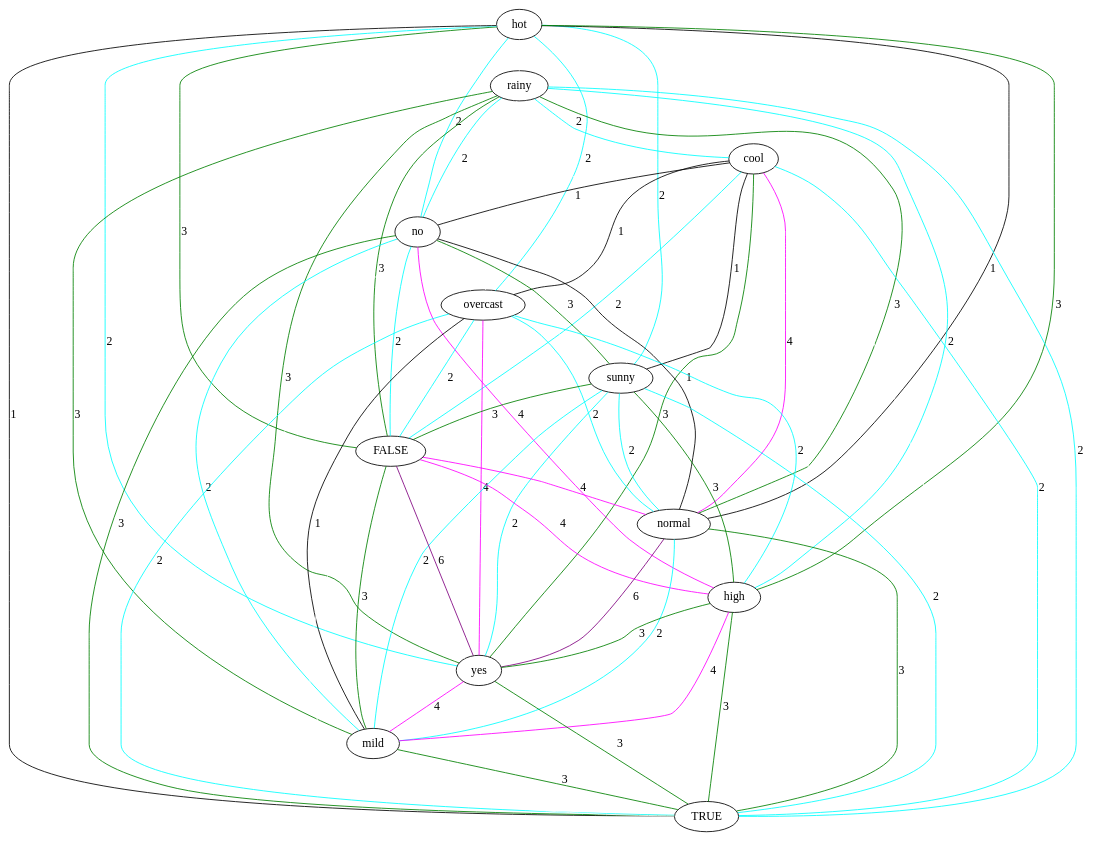
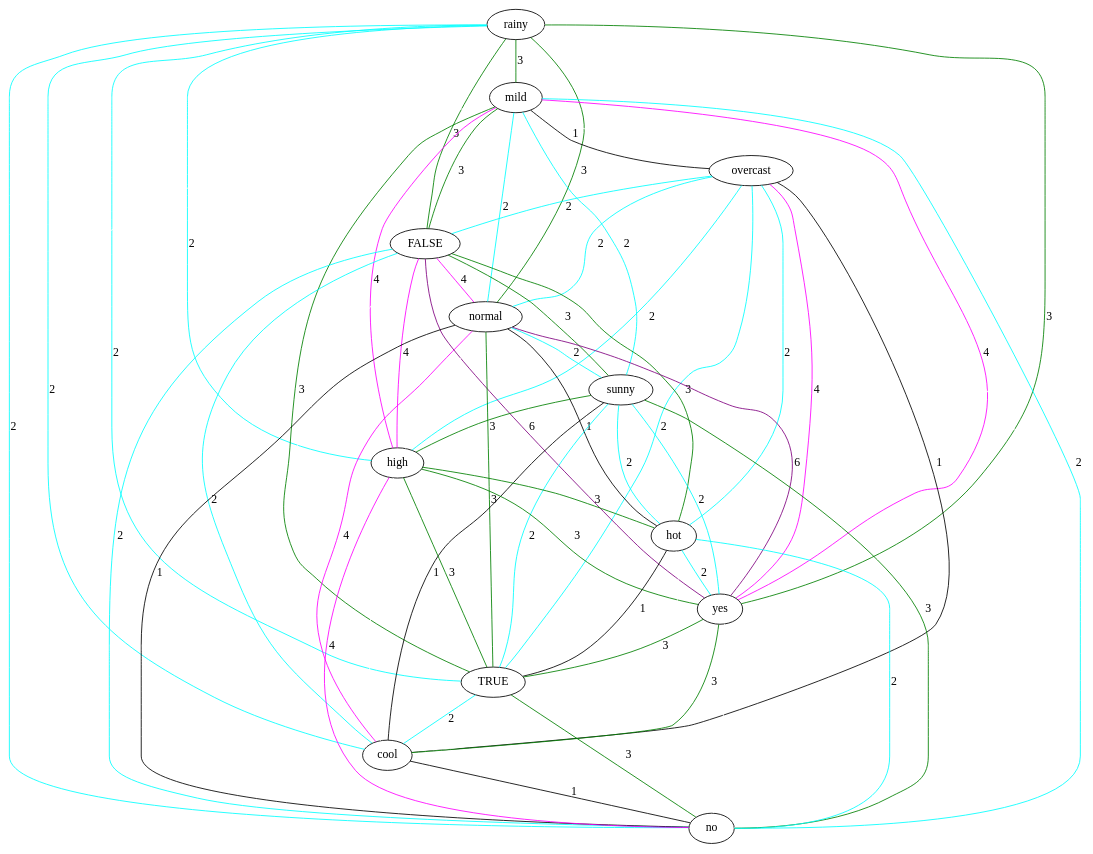
Before and after one commit to lrodrin/TFG: the diagram in src/SQL/gaifman.dot, drawn with Graphviz. The commit also changed 6 other files, not shown here.

```diff
--- a/src/SQL/gaifman.dot
+++ b/src/SQL/gaifman.dot
@@ -1,80 +1,80 @@
 strict graph "" {
+rainy;
+mild;
+overcast;
+FALSE;
+normal;
+sunny;
+high;
 hot;
-rainy;
+yes;
+TRUE;
 cool;
 no;
-overcast;
-sunny;
-FALSE;
-normal;
-high;
-yes;
-mild;
-TRUE;
-hot -- no  [color=cyan, label=2];
-hot -- normal  [color=black, label=1];
-hot -- rainy  [color=white];
-hot -- cool  [color=white];
-hot -- high  [color=green, label=3];
-hot -- yes  [color=cyan, label=2];
-hot -- overcast  [color=cyan, label=2];
-hot -- mild  [color=white];
-hot -- TRUE  [color=black, label=1];
-hot -- sunny  [color=cyan, label=2];
-hot -- FALSE  [color=green, label=3];
+rainy -- sunny  [color=white];
+rainy -- high  [color=cyan, label=2];
+rainy -- hot  [color=white];
+rainy -- no  [color=cyan, label=2];
+rainy -- mild  [color=green, label=3];
+rainy -- overcast  [color=white];
+rainy -- TRUE  [color=cyan, label=2];
+rainy -- cool  [color=cyan, label=2];
+rainy -- FALSE  [color=green, label=3];
 rainy -- normal  [color=green, label=3];
-rainy -- cool  [color=cyan, label=2];
-rainy -- no  [color=cyan, label=2];
 rainy -- yes  [color=green, label=3];
-rainy -- overcast  [color=white];
-rainy -- high  [color=cyan, label=2];
-rainy -- mild  [color=green, label=3];
-rainy -- TRUE  [color=cyan, label=2];
-rainy -- sunny  [color=white];
-rainy -- FALSE  [color=green, label=3];
-cool -- normal  [color=magenta, label=4];
-cool -- no  [color=black, label=1];
-cool -- yes  [color=green, label=3];
-cool -- overcast  [color=black, label=1];
-cool -- high  [color=white];
-cool -- mild  [color=white];
-cool -- TRUE  [color=cyan, label=2];
-cool -- sunny  [color=black, label=1];
-cool -- FALSE  [color=cyan, label=2];
-no -- normal  [color=black, label=1];
-no -- high  [color=magenta, label=4];
-no -- yes  [color=white];
-no -- overcast  [color=white];
-no -- mild  [color=cyan, label=2];
-no -- TRUE  [color=green, label=3];
-no -- sunny  [color=green, label=3];
-no -- FALSE  [color=cyan, label=2];
+mild -- sunny  [color=cyan, label=2];
+mild -- high  [color=magenta, label=4];
+mild -- hot  [color=white];
+mild -- yes  [color=magenta, label=4];
+mild -- overcast  [color=black, label=1];
+mild -- TRUE  [color=green, label=3];
+mild -- cool  [color=white];
+mild -- FALSE  [color=green, label=3];
+mild -- normal  [color=cyan, label=2];
+mild -- no  [color=cyan, label=2];
+overcast -- sunny  [color=white];
+overcast -- high  [color=cyan, label=2];
+overcast -- hot  [color=cyan, label=2];
+overcast -- yes  [color=magenta, label=4];
+overcast -- TRUE  [color=cyan, label=2];
+overcast -- cool  [color=black, label=1];
+overcast -- FALSE  [color=cyan, label=2];
 overcast -- normal  [color=cyan, label=2];
-overcast -- yes  [color=magenta, label=4];
-overcast -- high  [color=cyan, label=2];
-overcast -- mild  [color=black, label=1];
-overcast -- TRUE  [color=cyan, label=2];
-overcast -- sunny  [color=white];
-overcast -- FALSE  [color=cyan, label=2];
-sunny -- normal  [color=cyan, label=2];
-sunny -- yes  [color=cyan, label=2];
-sunny -- high  [color=green, label=3];
-sunny -- mild  [color=cyan, label=2];
-sunny -- FALSE  [color=green, label=3];
-sunny -- TRUE  [color=cyan, label=2];
+overcast -- no  [color=white];
+FALSE -- sunny  [color=green, label=3];
+FALSE -- high  [color=magenta, label=4];
+FALSE -- no  [color=cyan, label=2];
+FALSE -- hot  [color=green, label=3];
+FALSE -- TRUE  [color=white];
+FALSE -- cool  [color=cyan, label=2];
 FALSE -- normal  [color=magenta, label=4];
 FALSE -- yes  [color=purple, label=6];
-FALSE -- high  [color=magenta, label=4];
-FALSE -- mild  [color=green, label=3];
-FALSE -- TRUE  [color=white];
+normal -- sunny  [color=cyan, label=2];
+normal -- high  [color=white];
+normal -- no  [color=black, label=1];
+normal -- TRUE  [color=green, label=3];
+normal -- cool  [color=magenta, label=4];
+normal -- hot  [color=black, label=1];
 normal -- yes  [color=purple, label=6];
-normal -- high  [color=white];
-normal -- mild  [color=cyan, label=2];
-normal -- TRUE  [color=green, label=3];
+sunny -- high  [color=green, label=3];
+sunny -- no  [color=green, label=3];
+sunny -- hot  [color=cyan, label=2];
+sunny -- TRUE  [color=cyan, label=2];
+sunny -- cool  [color=black, label=1];
+sunny -- yes  [color=cyan, label=2];
+high -- no  [color=magenta, label=4];
+high -- hot  [color=green, label=3];
+high -- TRUE  [color=green, label=3];
+high -- cool  [color=white];
 high -- yes  [color=green, label=3];
-high -- mild  [color=magenta, label=4];
-high -- TRUE  [color=green, label=3];
+hot -- no  [color=cyan, label=2];
+hot -- TRUE  [color=black, label=1];
+hot -- cool  [color=white];
+hot -- yes  [color=cyan, label=2];
 yes -- TRUE  [color=green, label=3];
-yes -- mild  [color=magenta, label=4];
-mild -- TRUE  [color=green, label=3];
+yes -- cool  [color=green, label=3];
+yes -- no  [color=white];
+TRUE -- no  [color=green, label=3];
+TRUE -- cool  [color=cyan, label=2];
+cool -- no  [color=black, label=1];
 }
```
